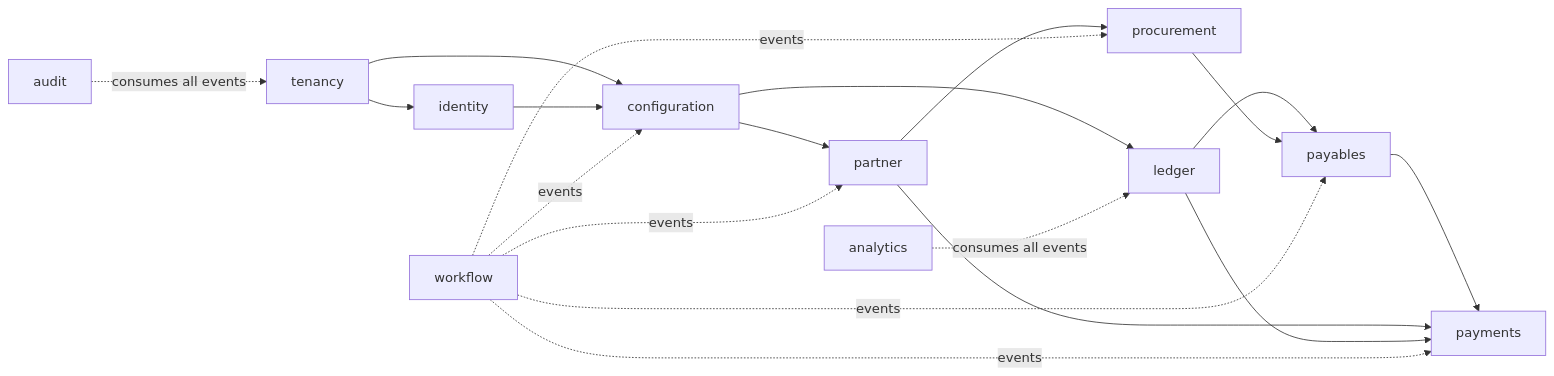
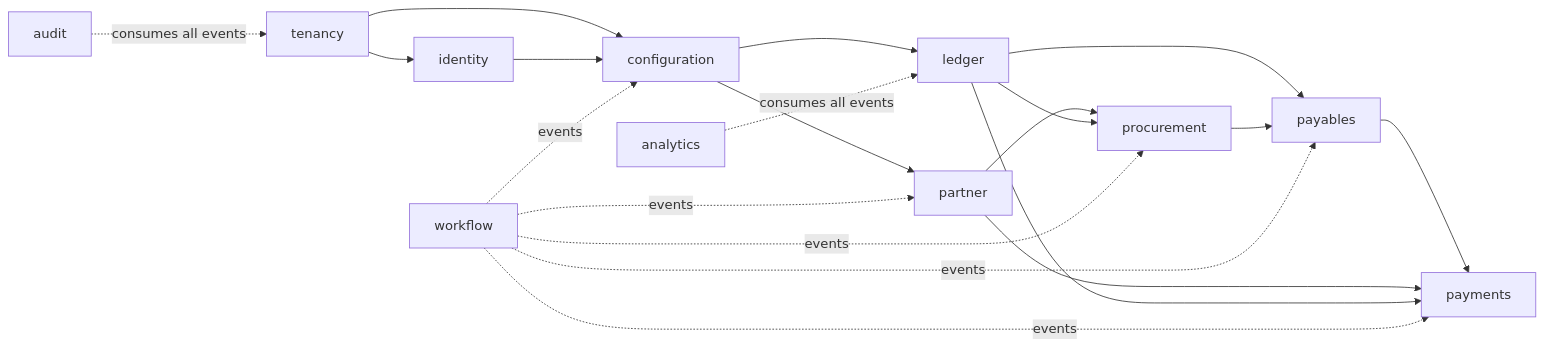
Before and after one commit to mustie7iy/agentic-erp: the first of 2 diagrams in docs/design/02-architecture.md, drawn with Mermaid. The commit also changed 1 other file, not shown here.

Commit message:
T33's exit criterion end to end through the API; the ledger feeds procurement in 02 (T33e)
TestGRIRExitCriterion walks the exit criterion through the API:

- an order released with a GR/IR account is valued gr_ir;
- a receipt of 6 posts Dr expense / Cr GR/IR 72.00 at the order price;
- its 102 posts the reverse, leaving no open position;
- a receipt of 10, then an invoice of 4 at 12.50, posts Dr GR/IR 48.00,
  the 2.00 price difference on its own line, the tax and the supplier;
- the listed position is received 10, invoiced 4, -72.00;
- once the other 6 are invoiced it has no open position, and with
  open_only=false it is 10 / 10 / 0.00.

02-architecture's dependency diagram gains the existing ledger -->
procurement arrow: procurement already calls the ledger's Accounts and
Calendar (layout_test allows it), and now its Postings. No
dependency direction changes.

````diff
--- a/docs/design/02-architecture.md
+++ b/docs/design/02-architecture.md
@@ -58,21 +58,22 @@
 ```mermaid
 flowchart LR
   tenancy --> identity
   tenancy --> configuration
   identity --> configuration
   configuration --> partner
   configuration --> ledger
   partner --> procurement
+  ledger --> procurement
   ledger --> payables
   procurement --> payables
   payables --> payments
   partner --> payments
   ledger --> payments
   workflow -.events.-> procurement
   workflow -.events.-> payables
   workflow -.events.-> payments
   workflow -.events.-> partner
   workflow -.events.-> configuration
   audit -.consumes all events.-> tenancy
   analytics -.consumes all events.-> ledger
 ```
````
